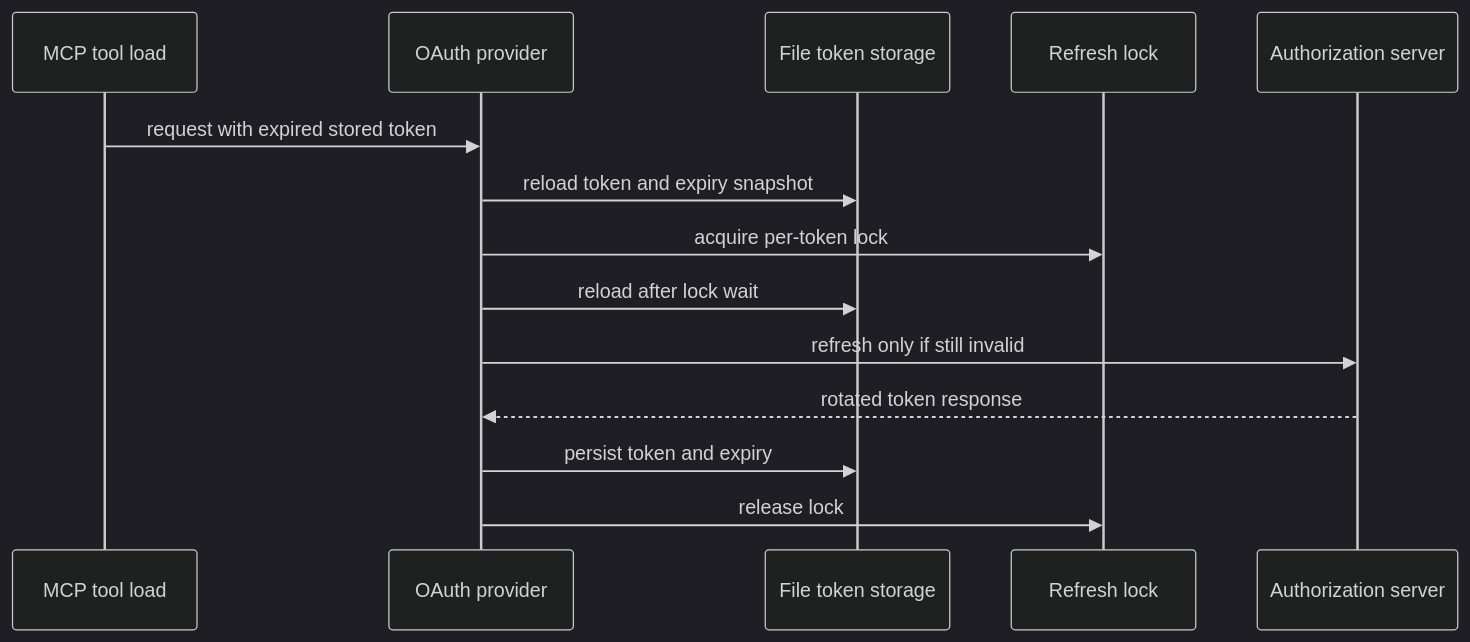
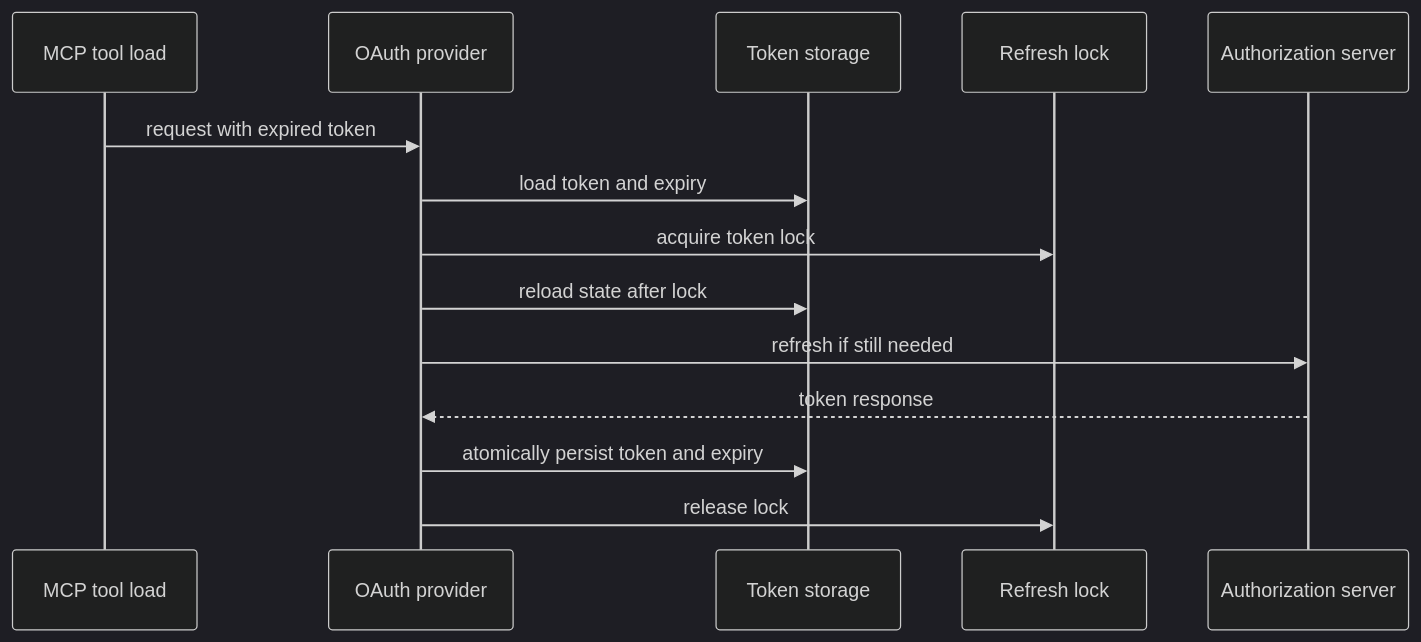
Before and after one commit to langchain-ai/deepagents: the second of 2 diagrams in openwiki/integrations/mcp.md, drawn with Mermaid (dark theme). The commit also changed other lines of this file and 39 other files, not shown here.

````diff
--- a/openwiki/integrations/mcp.md
+++ b/openwiki/integrations/mcp.md
@@ -90,16 +99,16 @@
 ```mermaid
 sequenceDiagram
     participant Tool as MCP tool load
     participant Provider as OAuth provider
-    participant Store as File token storage
+    participant Store as Token storage
     participant Lock as Refresh lock
     participant Auth as Authorization server
-    Tool->>Provider: request with expired stored token
-    Provider->>Store: reload token and expiry snapshot
-    Provider->>Lock: acquire per-token lock
-    Provider->>Store: reload after lock wait
-    Provider->>Auth: refresh only if still invalid
-    Auth-->>Provider: rotated token response
-    Provider->>Store: persist token and expiry
+    Tool->>Provider: request with expired token
+    Provider->>Store: load token and expiry
+    Provider->>Lock: acquire token lock
+    Provider->>Store: reload state after lock
+    Provider->>Auth: refresh if still needed
+    Auth-->>Provider: token response
+    Provider->>Store: atomically persist token and expiry
     Provider->>Lock: release lock
 ```
````
